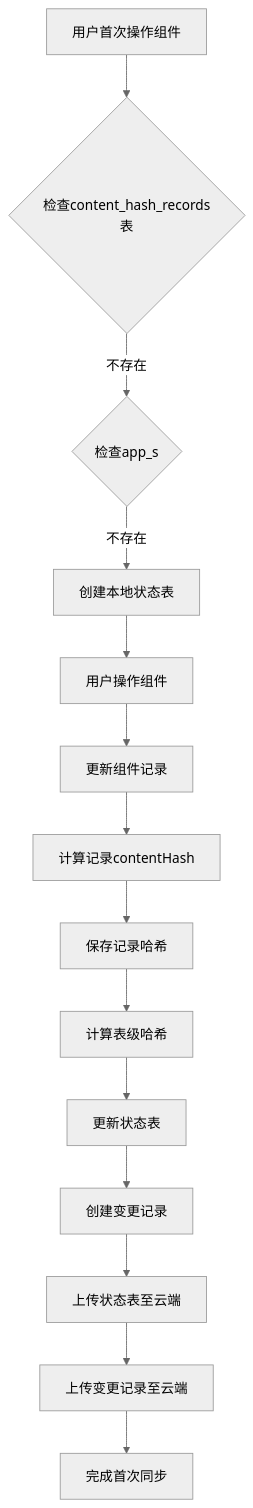
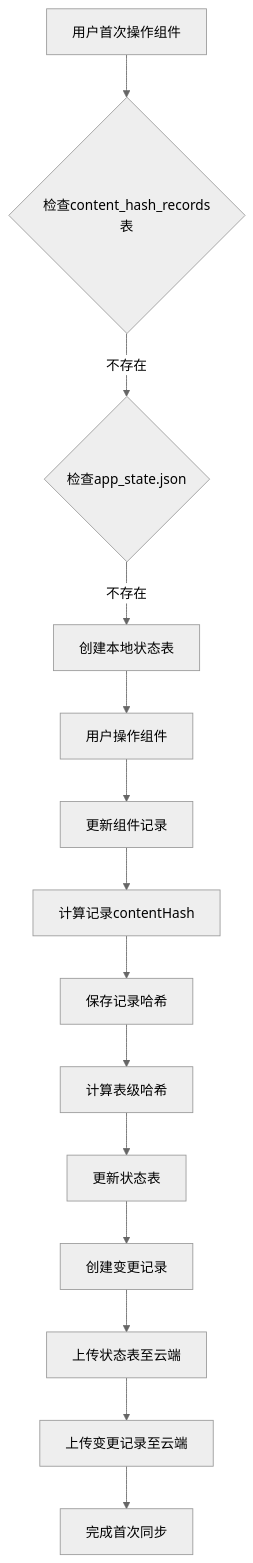
The diagram in all/未命名-42.md (yingjianzh/iodraw-files), drawn with Mermaid (neutral theme) before and after one commit.

Commit message:
2025-04-24 16:03:00 update

````diff
--- a/all/未命名-42.md
+++ b/all/未命名-42.md
@@ -1,21 +1,21 @@
 ```mermaid
 flowchart TD
     Start[用户首次操作组件] --> CheckLocalState{检查content_hash_records表}
-    CheckLocalState -- 不存在 --> CheckCloudState{检查app_s}
+    CheckLocalState -- 不存在 --> CheckCloudState{检查app_state.json}
     
     CheckCloudState -- 不存在 --> CreateLocalState[创建本地状态表]
     CreateLocalState --> FirstOperation[用户操作组件]
     
     FirstOperation --> UpdateRecord[更新组件记录]
     UpdateRecord --> CalculateHash[计算记录contentHash]
     CalculateHash --> SaveRecordHash[保存记录哈希]
     
     SaveRecordHash --> CalculateTableHash[计算表级哈希]
     CalculateTableHash --> UpdateStateTable[更新状态表]
     
     UpdateStateTable --> CreateChange[创建变更记录]
     CreateChange --> UploadState[上传状态表至云端]
     UploadState --> UploadChanges[上传变更记录至云端]
     
     UploadChanges --> CompleteFirstSync[完成首次同步]
 ```
````
